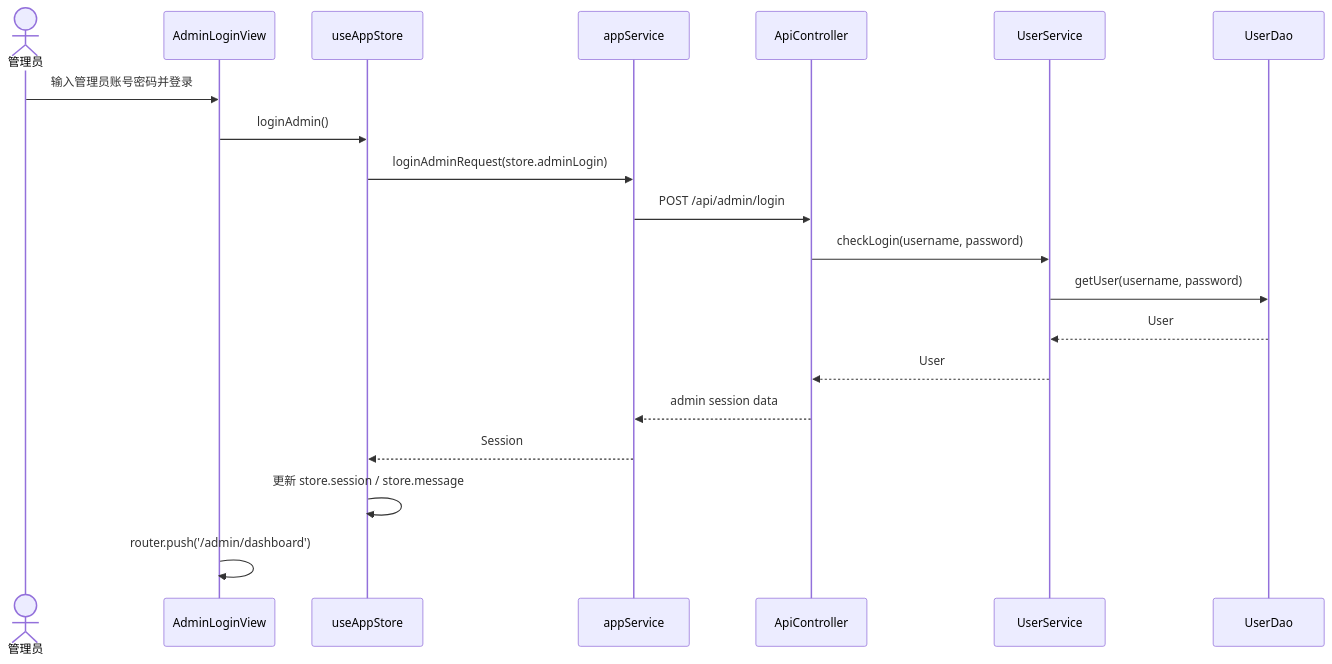
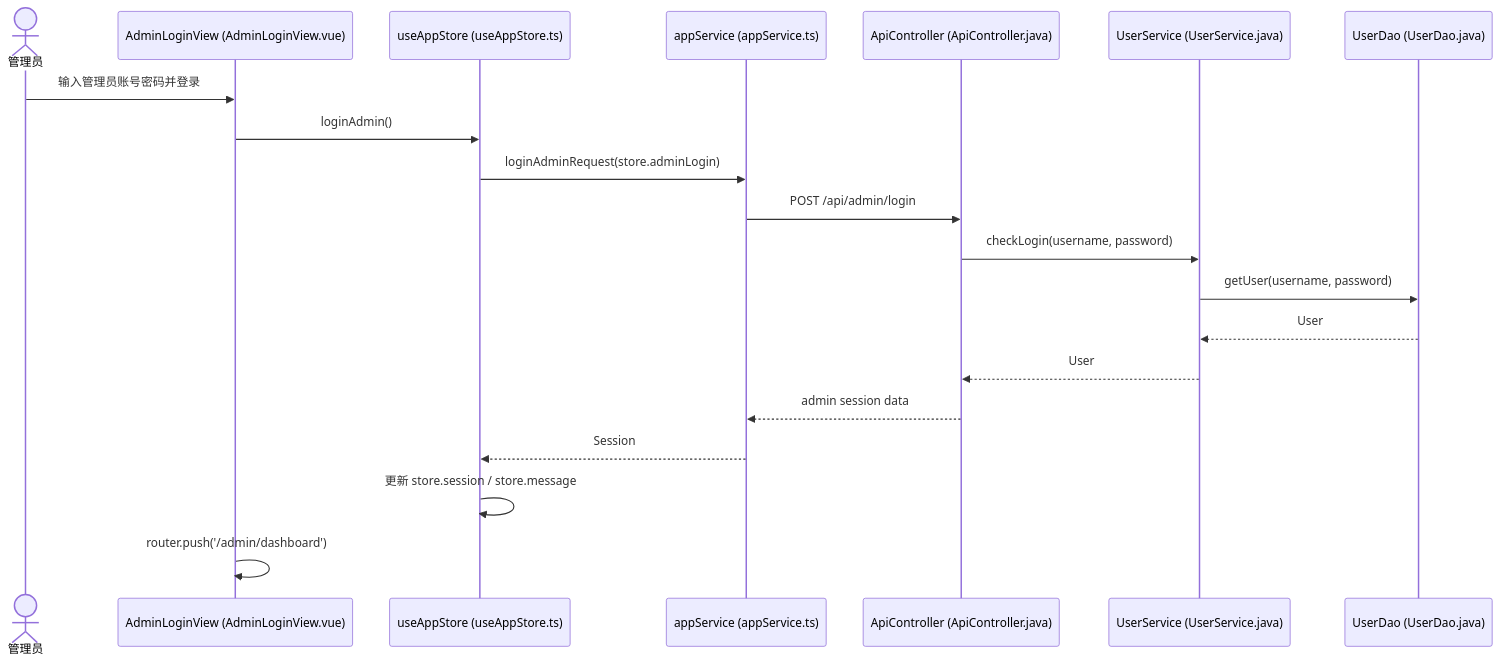
One commit to kurekako2017/vscode_study changed the fourth of 5 diagrams in java-projects/JtProject-Vue/docs/README.md. Above: the diagram before and after it, drawn with Mermaid. The commit also changed other lines of this file and 11 other files, not shown here.

Commit message:
docs: expand AWS and project diagrams

````diff
--- a/java-projects/JtProject-Vue/docs/README.md
+++ b/java-projects/JtProject-Vue/docs/README.md
@@ -570,23 +344,23 @@
 ```mermaid
 sequenceDiagram
 		actor A1 as 管理员
-		participant V as AdminLoginView
-		participant S as useAppStore
-		participant AS as appService
-		participant C as ApiController
-		participant US as UserService
-		participant UD as UserDao
+		participant V as AdminLoginView (AdminLoginView.vue)
+		participant S as useAppStore (useAppStore.ts)
+		participant AS as appService (appService.ts)
+		participant C as ApiController (ApiController.java)
+		participant US as UserService (UserService.java)
+		participant UD as UserDao (UserDao.java)
 
 		A1->>V: 输入管理员账号密码并登录
 		V->>S: loginAdmin()
 		S->>AS: loginAdminRequest(store.adminLogin)
 		AS->>C: POST /api/admin/login
 		C->>US: checkLogin(username, password)
 		US->>UD: getUser(username, password)
 		UD-->>US: User
 		US-->>C: User
 		C-->>AS: admin session data
 		AS-->>S: Session
 		S->>S: 更新 store.session / store.message
 		V->>V: router.push('/admin/dashboard')
 ```
````
